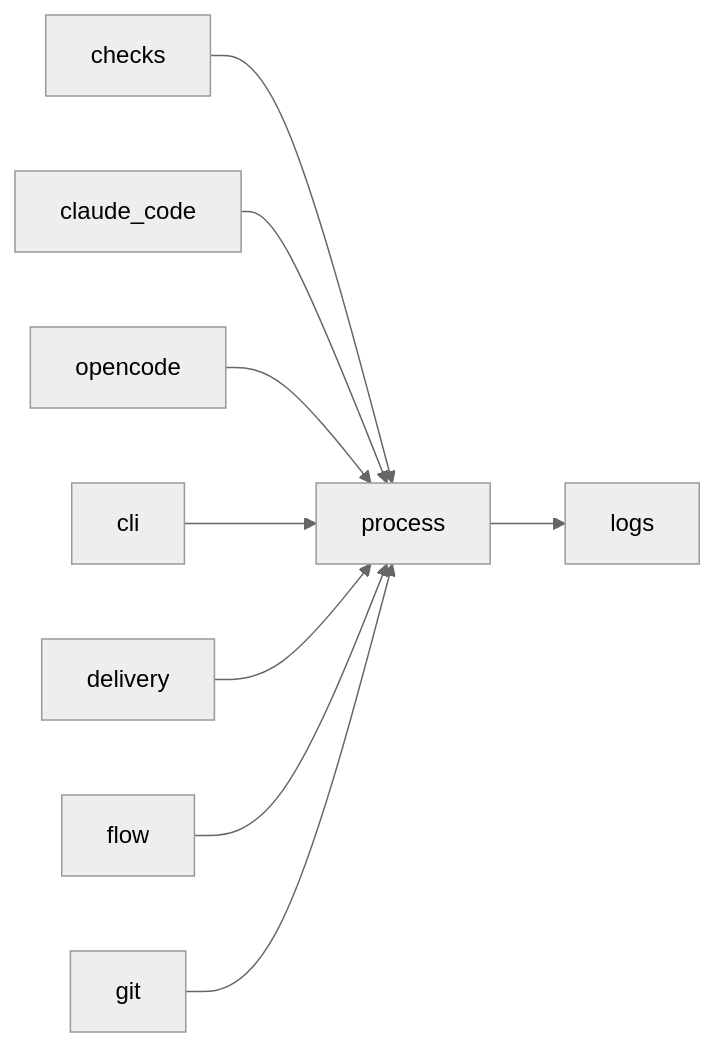
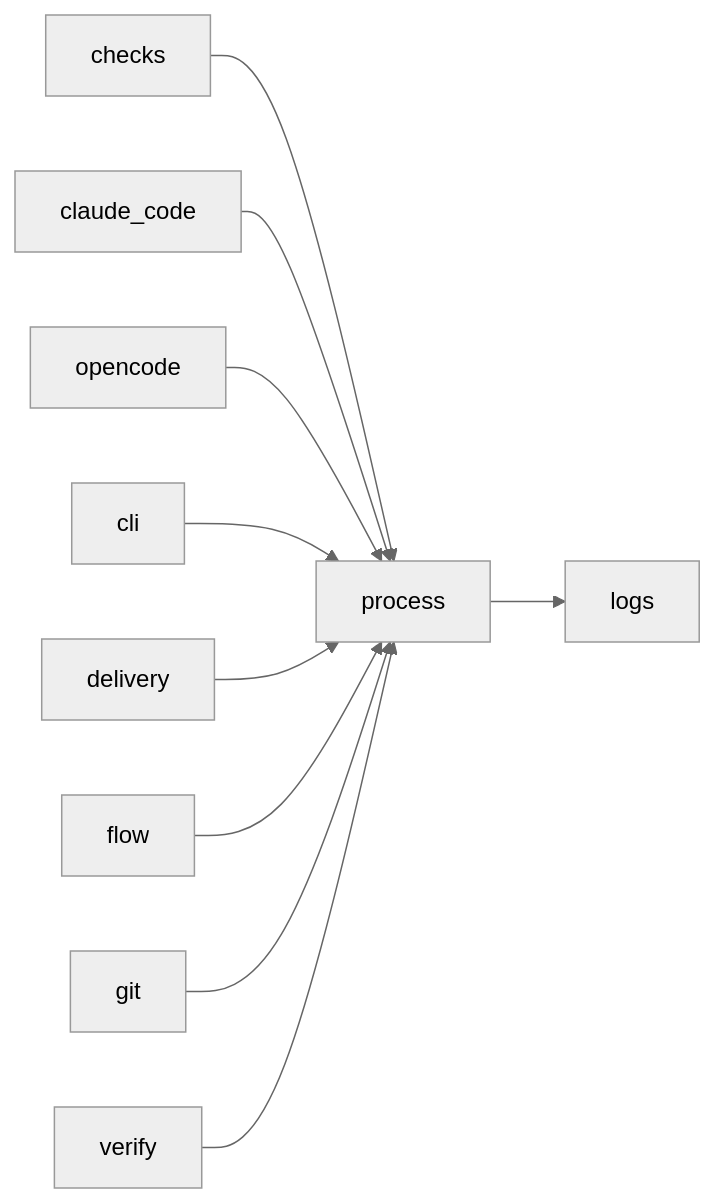
One commit to plaplanche/ariane changed the diagram in docs/architecture/modules/process.md. Above: the diagram before and after it, drawn with Mermaid (neutral theme). The commit also changed 25 other files, not shown here.

````diff
--- a/docs/architecture/modules/process.md
+++ b/docs/architecture/modules/process.md
@@ -18,11 +18,12 @@
 ```mermaid
 flowchart LR
   checks --> process
   claude_code --> process
   opencode --> process
   cli --> process
   delivery --> process
   flow --> process
   git --> process
   process --> logs
+  verify --> process
 ```
````
